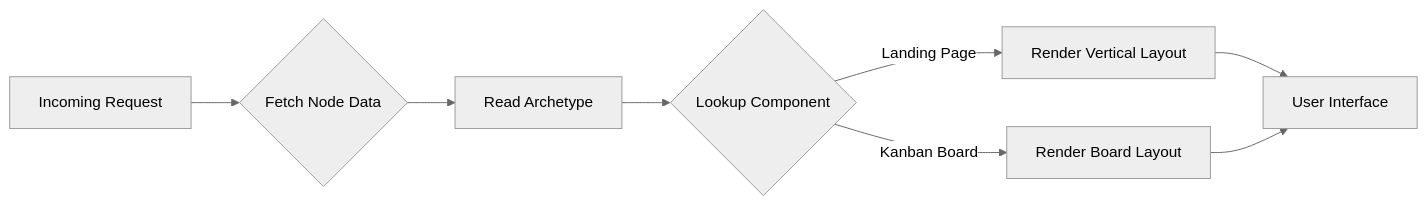
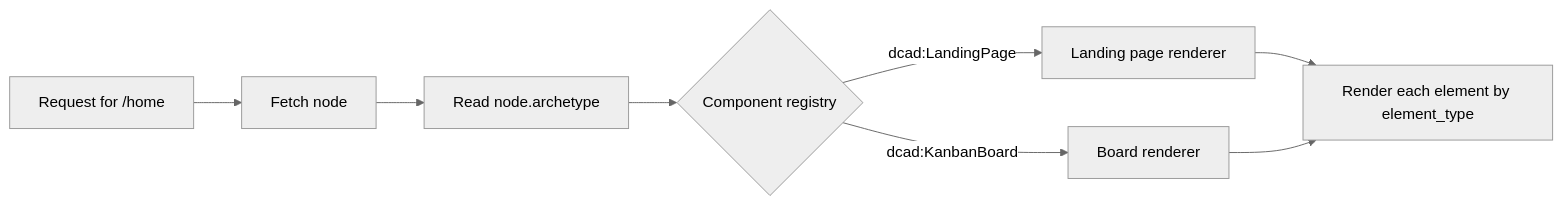
One commit to maravilla-labs/raisindb-website changed the second of 2 diagrams in docs/concepts/dcad.md. Above: the diagram before and after it, drawn with Mermaid (neutral theme). The commit also changed other lines of this file and 174 other files, not shown here.

````diff
--- a/docs/concepts/dcad.md
+++ b/docs/concepts/dcad.md
@@ -94,10 +128,10 @@
 ```mermaid
 graph LR
-    A[Incoming Request] --> B{Fetch Node Data}
-    B --> C[Read Archetype]
-    C --> D{Lookup Component}
-    D -->|Landing Page| E[Render Vertical Layout]
-    D -->|Kanban Board| F[Render Board Layout]
-    E --> G[User Interface]
+    A[Request for /home] --> B[Fetch node]
+    B --> C[Read node.archetype]
+    C --> D{Component registry}
+    D -->|dcad:LandingPage| E[Landing page renderer]
+    D -->|dcad:KanbanBoard| F[Board renderer]
+    E --> G[Render each element by element_type]
     F --> G
 ```
````
